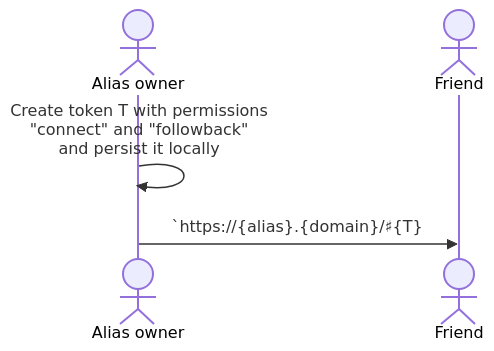
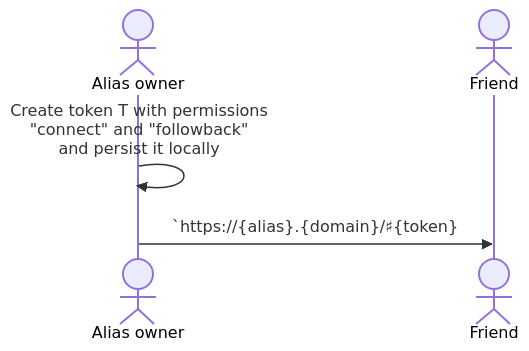
Before and after one commit to staltz/ssb-room-broker-auth-spec: the first of 4 diagrams in content.md, drawn with Mermaid. The commit also changed other lines of this file and 1 other file, not shown here.

Commit message:
replace T with token

````diff
--- a/content.md
+++ b/content.md
@@ -35,8 +35,8 @@
 ```mermaid
 sequenceDiagram
   actor A as Alias owner
   actor B as Friend
 
   A->>A: Create token T with permissions<br/>"connect" and "followback"<br/>and persist it locally
-  A->>B: `https://{alias}.{domain}/♯{T}
+  A->>B: `https://{alias}.{domain}/♯{token}
 ```
````
